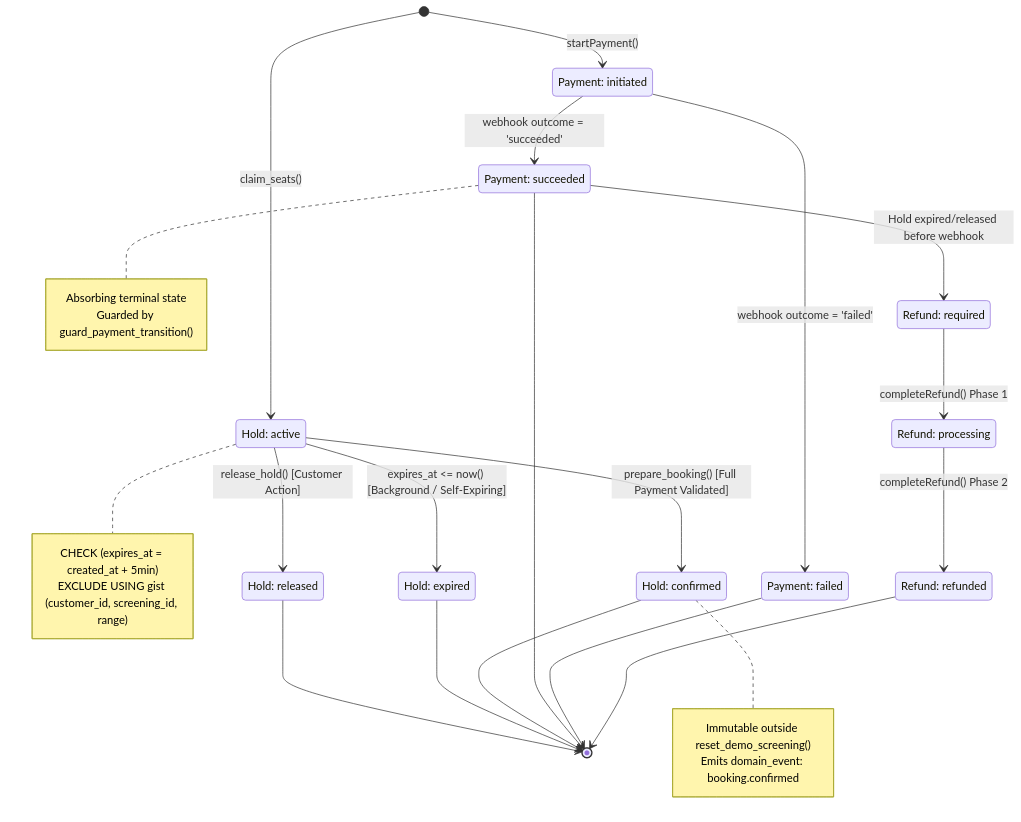
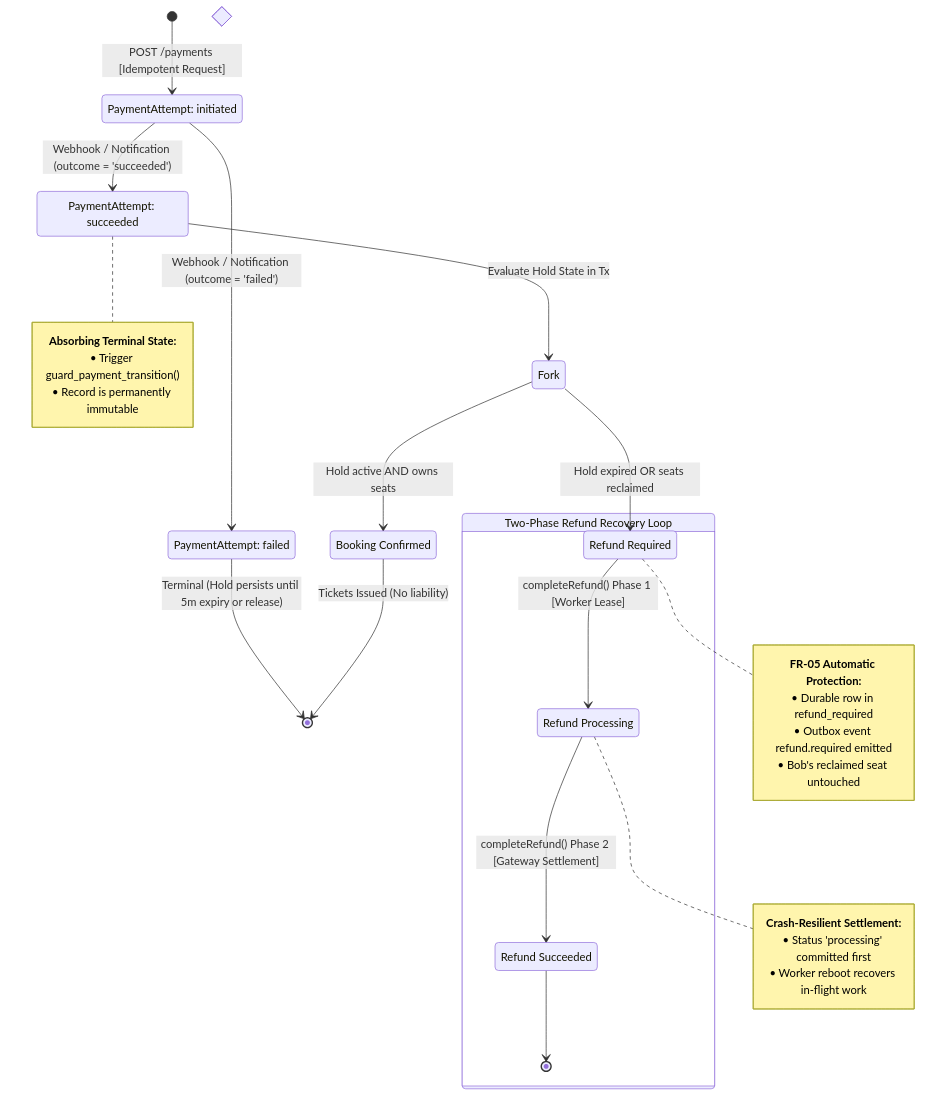
One commit to YuvvrajSingh/seat-rush changed the seventh of 12 diagrams in docs/SYSTEMS_CONCURRENCY_DEEP_DIVE.md. Above: the diagram before and after it, drawn with Mermaid. The commit also changed other lines of this file and 2 other files, not shown here.

Commit message:
docs: overhaul all Mermaid diagrams with modern styling, ERD, sequence boxes, and state machines

````diff
--- a/docs/SYSTEMS_CONCURRENCY_DEEP_DIVE.md
+++ b/docs/SYSTEMS_CONCURRENCY_DEEP_DIVE.md
@@ -991,52 +1013,44 @@
 ```mermaid
 stateDiagram-v2
-    [*] --> HoldActive : claim_seats()
+    [*] --> Initiated : POST /payments [Idempotent Request]
 
-    state "Hold: active" as HoldActive
-    state "Hold: released" as HoldReleased
-    state "Hold: expired" as HoldExpired
-    state "Hold: confirmed" as HoldConfirmed
+    state "PaymentAttempt: initiated" as Initiated
+    state "PaymentAttempt: succeeded" as Succeeded
+    state "PaymentAttempt: failed" as Failed
 
-    HoldActive --> HoldReleased : release_hold() [Customer Action]
-    HoldActive --> HoldExpired : expires_at <= now() [Background / Self-Expiring]
-    HoldActive --> HoldConfirmed : prepare_booking() [Full Payment Validated]
+    Initiated --> Succeeded : Webhook / Notification (outcome = 'succeeded')
+    Initiated --> Failed : Webhook / Notification (outcome = 'failed')
 
-    HoldReleased --> [*]
-    HoldExpired --> [*]
-    HoldConfirmed --> [*]
+    Failed --> [*] : Terminal (Hold persists until 5m expiry or release)
 
-    note right of HoldActive
-        CHECK (expires_at = created_at + 5min)
-        EXCLUDE USING gist (customer_id, screening_id, range)
+    state "Fork on Hold Liveness (FR-05)" as Fork <<choice>>
+    Succeeded --> Fork : Evaluate Hold State in Tx
+
+    state "Booking Confirmed" as ConfirmedBooking
+    state "Refund Required" as RefundReq
+    state "Refund Processing" as RefundProc
+    state "Refund Succeeded" as RefundDone
+
+    Fork --> ConfirmedBooking : Hold active AND owns seats
+    Fork --> RefundReq : Hold expired OR seats reclaimed
+
+    ConfirmedBooking --> [*] : Tickets Issued (No liability)
+
+    state "Two-Phase Refund Recovery Loop" as RefundRecovery {
+        RefundReq --> RefundProc : completeRefund() Phase 1 [Worker Lease]
+        RefundProc --> RefundDone : completeRefund() Phase 2 [Gateway Settlement]
+        RefundDone --> [*]
+    }
+
+    note right of Succeeded
+        <b>Absorbing Terminal State:</b><br/>• Trigger guard_payment_transition()<br/>• Record is permanently immutable
     end note
 
-    note right of HoldConfirmed
-        Immutable outside reset_demo_screening()
-        Emits domain_event: booking.confirmed
+    note right of RefundReq
+        <b>FR-05 Automatic Protection:</b><br/>• Durable row in refund_required<br/>• Outbox event refund.required emitted<br/>• Bob's reclaimed seat untouched
     end note
 
-    state "Payment: initiated" as PayInitiated
-    state "Payment: succeeded" as PaySucceeded
-    state "Payment: failed" as PayFailed
-
-    [*] --> PayInitiated : startPayment()
-    PayInitiated --> PaySucceeded : webhook outcome = 'succeeded'
-    PayInitiated --> PayFailed : webhook outcome = 'failed'
-
-    PaySucceeded --> [*]
-    PayFailed --> [*]
-
-    note right of PaySucceeded
-        Absorbing terminal state
-        Guarded by guard_payment_transition()
+    note right of RefundProc
+        <b>Crash-Resilient Settlement:</b><br/>• Status 'processing' committed first<br/>• Worker reboot recovers in-flight work
     end note
-
-    state "Refund: required" as RefRequired
-    state "Refund: processing" as RefProcessing
-    state "Refund: refunded" as RefRefunded
-
-    PaySucceeded --> RefRequired : Hold expired/released before webhook
-    RefRequired --> RefProcessing : completeRefund() Phase 1
-    RefProcessing --> RefRefunded : completeRefund() Phase 2
-    RefRefunded --> [*]
 ```
````
